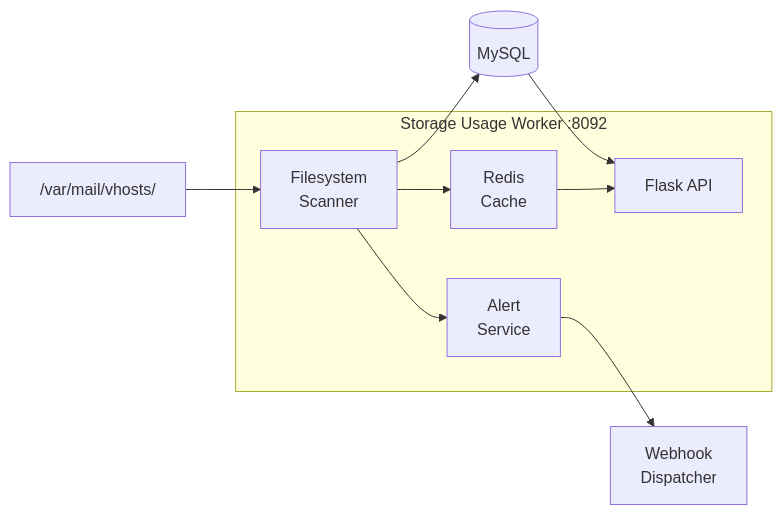
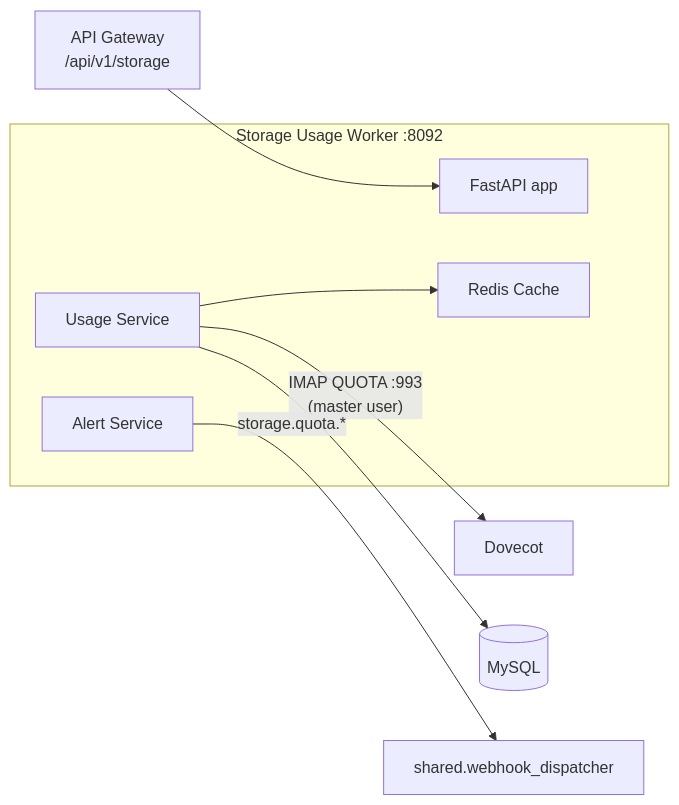
One commit to Techies-Africa/mailyte-mail-server-community changed the diagram in docs/worker/storage-usage.md. Above: the diagram before and after it, drawn with Mermaid. The commit also changed other lines of this file and 481 other files, not shown here.

````diff
--- a/docs/worker/storage-usage.md
+++ b/docs/worker/storage-usage.md
@@ -19,17 +24,15 @@
 ```mermaid
 flowchart LR
     subgraph Worker["Storage Usage Worker :8092"]
-        Scanner["Filesystem\nScanner"]
-        Cache["Redis\nCache"]
-        AlertSvc["Alert\nService"]
-        API["Flask API"]
+        API["FastAPI app"]
+        UsageSvc["Usage Service"]
+        Cache["Redis Cache"]
+        AlertSvc["Alert Service"]
     end
 
-    MailDir["/var/mail/vhosts/"] --> Scanner
-    Scanner --> Cache
-    Scanner --> MySQL[(MySQL)]
-    Scanner --> AlertSvc
-    AlertSvc --> Webhooks["Webhook\nDispatcher"]
-    Cache --> API
-    MySQL --> API
+    UsageSvc -->|"IMAP QUOTA :993\n(master user)"| Dovecot["Dovecot"]
+    UsageSvc --> Cache
+    UsageSvc --> MySQL[(MySQL)]
+    AlertSvc -->|"storage.quota.*"| Dispatcher["shared.webhook_dispatcher"]
+    APIGateway["API Gateway\n/api/v1/storage"] --> API
 ```
````
